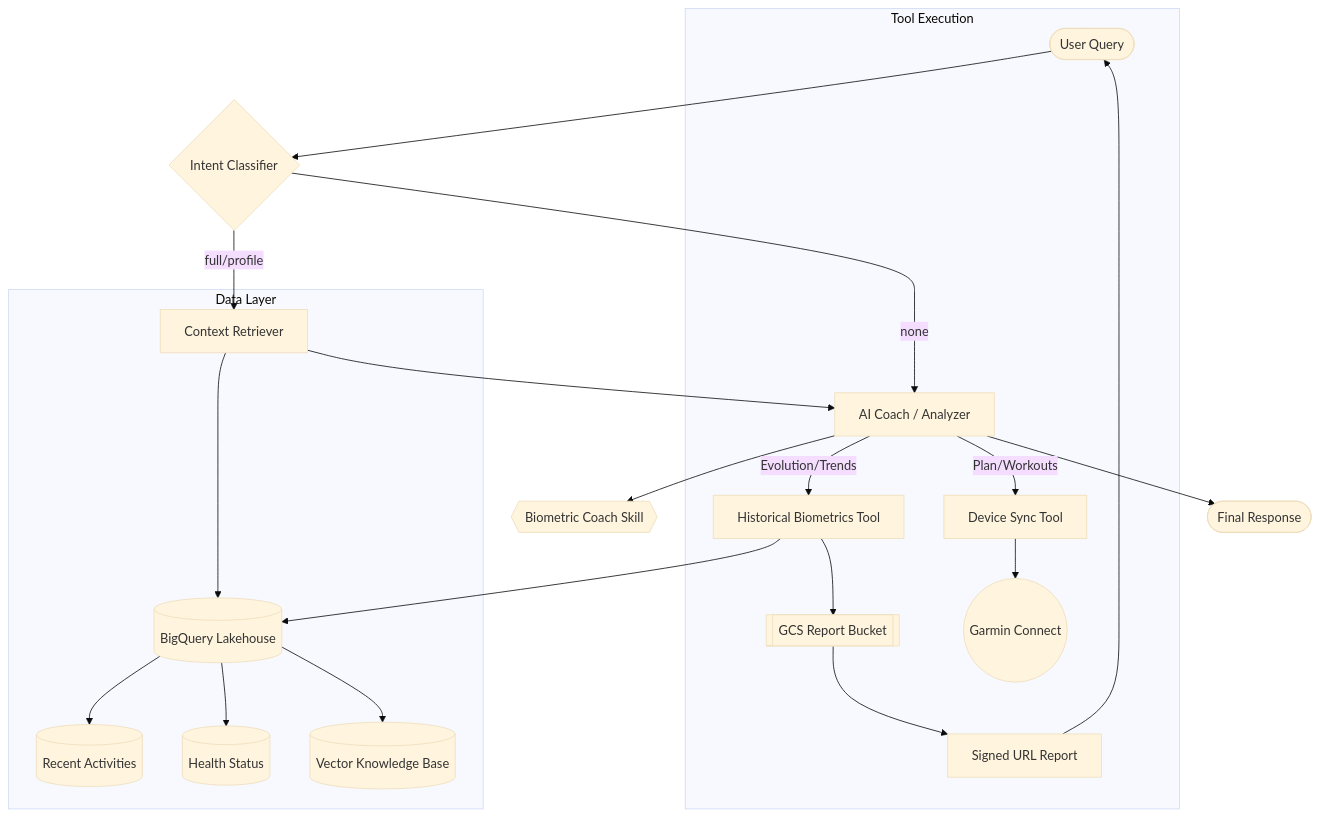
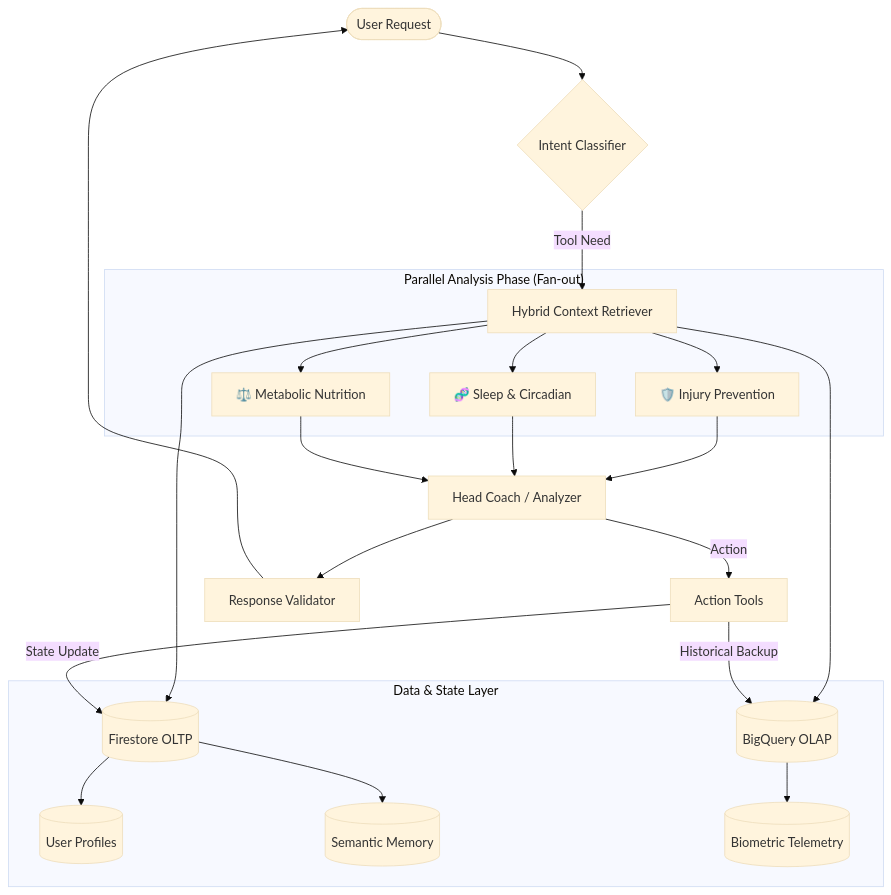
One commit to restrok/biometric-ai-platform changed the first of 2 diagrams in docs/developer-guide.md. Above: the diagram before and after it, drawn with Mermaid (base theme). The commit also changed other lines of this file and 38 other files, not shown here.

First line of the commit message:
Feat/parallel memory guardrails (#25)

````diff
--- a/docs/developer-guide.md
+++ b/docs/developer-guide.md
@@ -9,29 +9,30 @@
 ```mermaid
 graph TD
-    User([User Query]) --> Router{Intent Classifier}
-    Router -- "full/profile" --> Retriever[Context Retriever]
-    Router -- "none" --> Analyzer
+    User([User Request]) --> Router{Intent Classifier}
+    Router -- Tool Need --> Retriever[Hybrid Context Retriever]
     
-    subgraph "Data Layer"
-        Retriever --> BQ[(BigQuery Lakehouse)]
-        BQ --> Activities[(Recent Activities)]
-        BQ --> Health[(Health Status)]
-        BQ --> RAG[(Vector Knowledge Base)]
+    subgraph "Parallel Analysis Phase (Fan-out)"
+        Retriever --> Injury[🛡️ Injury Prevention]
+        Retriever --> Sleep[🧬 Sleep & Circadian]
+        Retriever --> Nutrition[⚖️ Metabolic Nutrition]
     end
     
-    Retriever --> Analyzer[AI Coach / Analyzer]
-    Analyzer --> Skills{{Biometric Coach Skill}}
+    Injury --> Analyzer[Head Coach / Analyzer]
+    Sleep --> Analyzer
+    Nutrition --> Analyzer
     
-    subgraph "Tool Execution"
-        Analyzer -- "Evolution/Trends" --> HistTool[Historical Biometrics Tool]
-        HistTool --> BQ
-        HistTool --> GCS[[GCS Report Bucket]]
-        GCS --> Artifact[Signed URL Report]
-        Artifact --> User
-        
-        Analyzer -- "Plan/Workouts" --> SyncTool[Device Sync Tool]
-        SyncTool --> Garmin((Garmin Connect))
+    subgraph "Data & State Layer"
+        Retriever --> FS[(Firestore OLTP)]
+        Retriever --> BQ[(BigQuery OLAP)]
+        FS --> Profiles[(User Profiles)]
+        FS --> Memories[(Semantic Memory)]
+        BQ --> Telemetry[(Biometric Telemetry)]
     end
     
-    Analyzer --> Response([Final Response])
+    Analyzer -- "Action" --> Tools[Action Tools]
+    Tools -- "State Update" --> FS
+    Tools -- "Historical Backup" --> BQ
+    
+    Analyzer --> Validator[Response Validator]
+    Validator --> User
 ```
````
